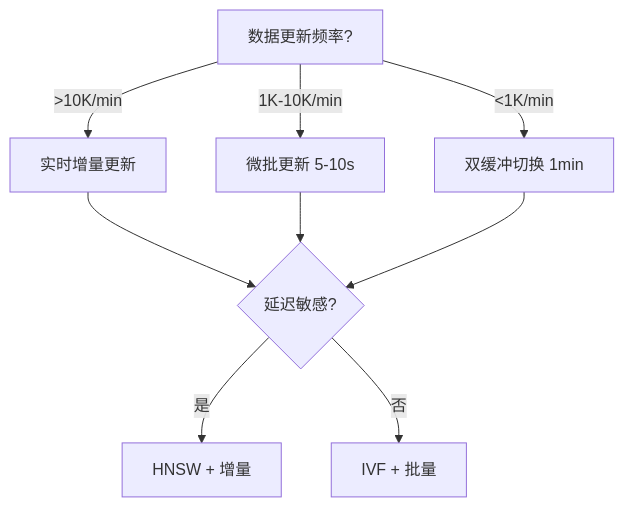
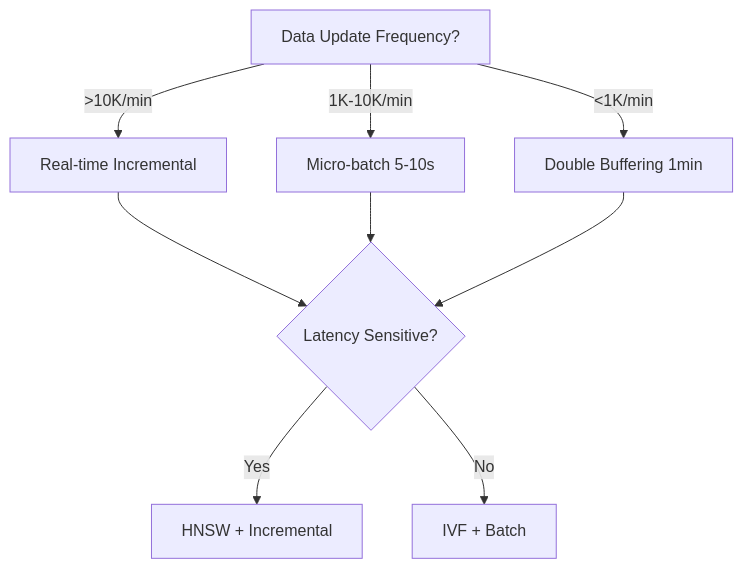
Before and after one commit to AdaMartin18010/AnalysisDataFlow: the second of 6 diagrams in Flink/12-ai-ml/rag-streaming-architecture.md, drawn with Mermaid. The commit also changed other lines of this file and 20 other files, not shown here.

````diff
--- a/Flink/12-ai-ml/rag-streaming-architecture.md
+++ b/Flink/12-ai-ml/rag-streaming-architecture.md
@@ -347,13 +349,13 @@
 ```mermaid
 flowchart TD
-    A[数据更新频率?] -->|>10K/min| B[实时增量更新]
-    A -->|1K-10K/min| C[微批更新 5-10s]
-    A -->|<1K/min| D[双缓冲切换 1min]
+    A[Data Update Frequency?] -->|>10K/min| B[Real-time Incremental]
+    A -->|1K-10K/min| C[Micro-batch 5-10s]
+    A -->|<1K/min| D[Double Buffering 1min]
 
-    B --> E{延迟敏感?}
+    B --> E{Latency Sensitive?}
     C --> E
     D --> E
 
-    E -->|是| F[HNSW + 增量]
-    E -->|否| G[IVF + 批量]
+    E -->|Yes| F[HNSW + Incremental]
+    E -->|No| G[IVF + Batch]
 ```
````
